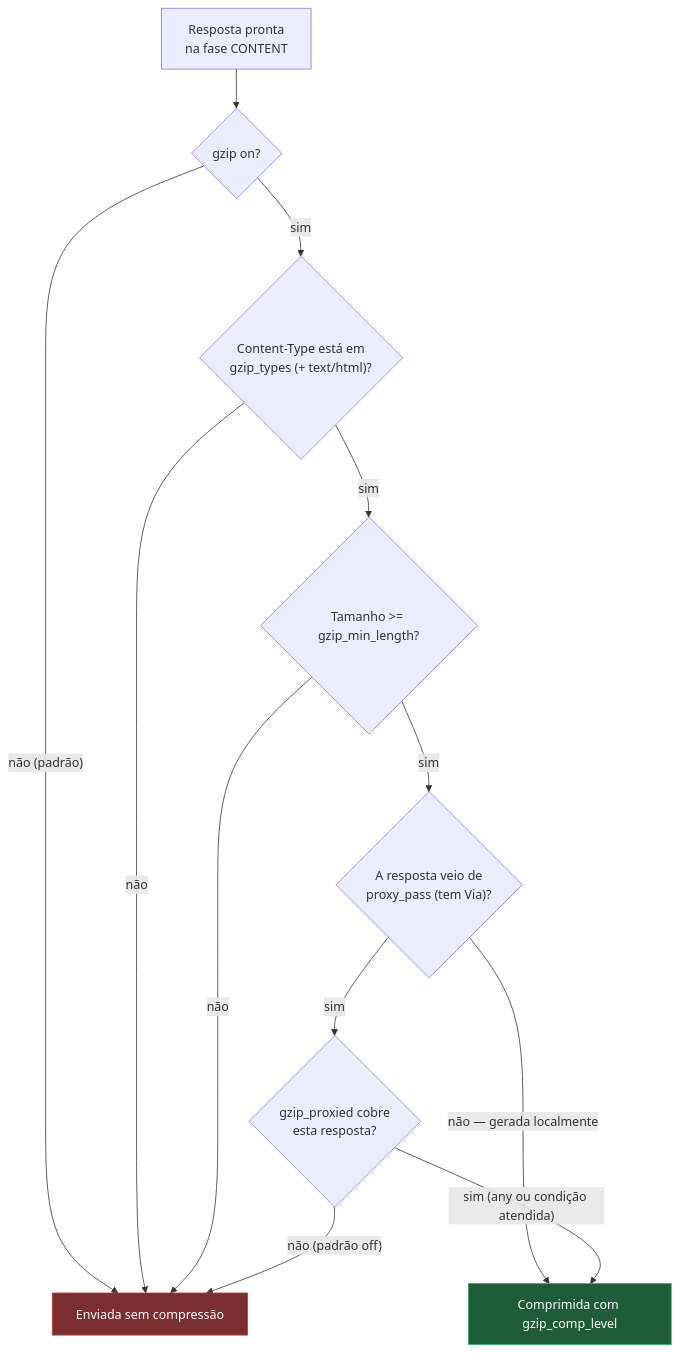
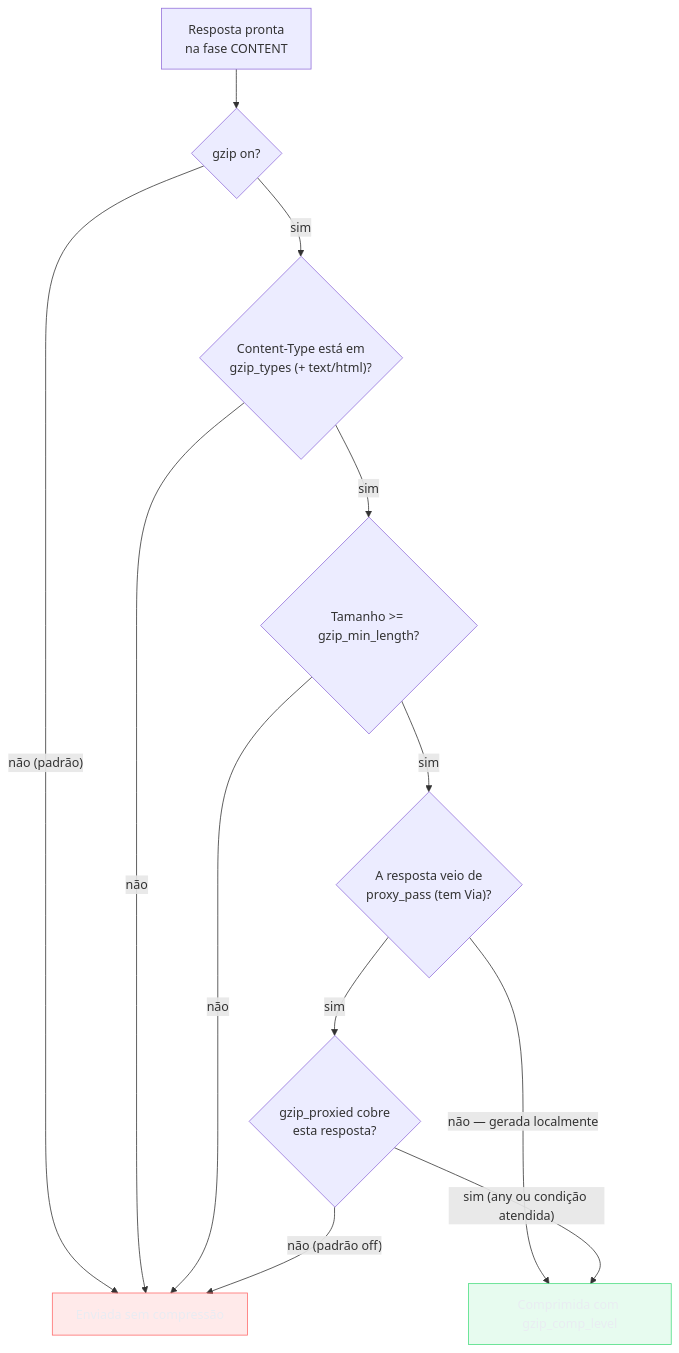
The second of 2 diagrams in 03-Dominios/Tecnologia/Infraestrutura/Nginx/11 - Limitar e comprimir.md (josenaldo/codex-technomanticus), drawn with Mermaid before and after one commit. The commit also changed other lines of this file and 1181 other files, not shown here.

First line of the commit message:
fix(diagramas): paleta do sistema no lugar de cor cravada no markdown

````diff
--- a/03-Dominios/Tecnologia/Infraestrutura/Nginx/11 - Limitar e comprimir.md
+++ b/03-Dominios/Tecnologia/Infraestrutura/Nginx/11 - Limitar e comprimir.md
@@ -249,17 +252,19 @@
 ```mermaid
 graph TB
+    classDef falha fill:#FF6B6B24,stroke:#FF6B6B,color:#E9ECF2
+    classDef ok fill:#4ADE8021,stroke:#4ADE80,color:#E9ECF2
     Resp["Resposta pronta<br/>na fase CONTENT"] --> Q1{"gzip on?"}
     Q1 -->|"não (padrão)"| Sem["Enviada sem compressão"]
     Q1 -->|"sim"| Q2{"Content-Type está em<br/>gzip_types (+ text/html)?"}
     Q2 -->|"não"| Sem
     Q2 -->|"sim"| Q3{"Tamanho >= gzip_min_length?"}
     Q3 -->|"não"| Sem
     Q3 -->|"sim"| Q4{"A resposta veio de<br/>proxy_pass (tem Via)?"}
     Q4 -->|"não — gerada localmente"| Comp["Comprimida com gzip_comp_level"]
     Q4 -->|"sim"| Q5{"gzip_proxied cobre<br/>esta resposta?"}
     Q5 -->|"não (padrão off)"| Sem
     Q5 -->|"sim (any ou condição atendida)"| Comp
 
-    style Sem fill:#7a2e2e,stroke:#c0392b,color:#fff
-    style Comp fill:#1e5c3a,stroke:#27ae60,color:#fff
+    class Sem falha
+    class Comp ok
 ```
````
